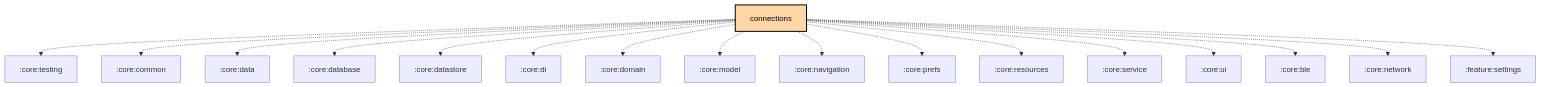
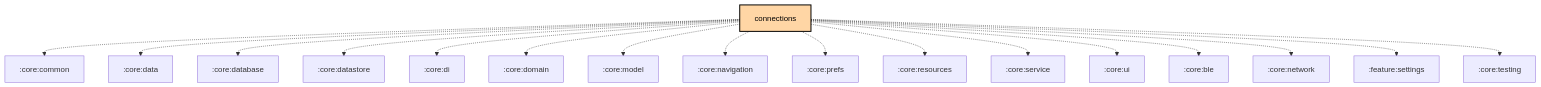
The diagram in feature/connections/README.md (meshtastic/Meshtastic-Android), drawn with Mermaid before and after one commit. The commit also changed other lines of this file and 2 other files, not shown here.

Commit message:
chore: Scheduled updates (Graphs, Baseline Profile) (#6212)

````diff
--- a/feature/connections/README.md
+++ b/feature/connections/README.md
@@ -136,34 +136,34 @@
 ```mermaid
 graph TB
   :feature:connections[connections]:::kmp-feature
-  :feature:connections -.-> :core:testing
   :feature:connections -.-> :core:common
   :feature:connections -.-> :core:data
   :feature:connections -.-> :core:database
   :feature:connections -.-> :core:datastore
   :feature:connections -.-> :core:di
   :feature:connections -.-> :core:domain
   :feature:connections -.-> :core:model
   :feature:connections -.-> :core:navigation
   :feature:connections -.-> :core:prefs
   :feature:connections -.-> :core:resources
   :feature:connections -.-> :core:service
   :feature:connections -.-> :core:ui
   :feature:connections -.-> :core:ble
   :feature:connections -.-> :core:network
   :feature:connections -.-> :feature:settings
+  :feature:connections -.-> :core:testing
 
 classDef android-application fill:#CAFFBF,stroke:#000,stroke-width:2px,color:#000;
 classDef android-application-compose fill:#CAFFBF,stroke:#000,stroke-width:2px,color:#000;
 classDef compose-desktop-application fill:#CAFFBF,stroke:#000,stroke-width:2px,color:#000;
 classDef android-feature fill:#FFD6A5,stroke:#000,stroke-width:2px,color:#000;
 classDef android-library fill:#9BF6FF,stroke:#000,stroke-width:2px,color:#000;
 classDef android-library-compose fill:#9BF6FF,stroke:#000,stroke-width:2px,color:#000;
 classDef android-test fill:#A0C4FF,stroke:#000,stroke-width:2px,color:#000;
 classDef jvm-library fill:#BDB2FF,stroke:#000,stroke-width:2px,color:#000;
 classDef kmp-feature fill:#FFD6A5,stroke:#000,stroke-width:2px,color:#000;
 classDef kmp-library-compose fill:#FFC1CC,stroke:#000,stroke-width:2px,color:#000;
 classDef kmp-library fill:#FFC1CC,stroke:#000,stroke-width:2px,color:#000;
 classDef unknown fill:#FFADAD,stroke:#000,stroke-width:2px,color:#000;
 
 ```
````
